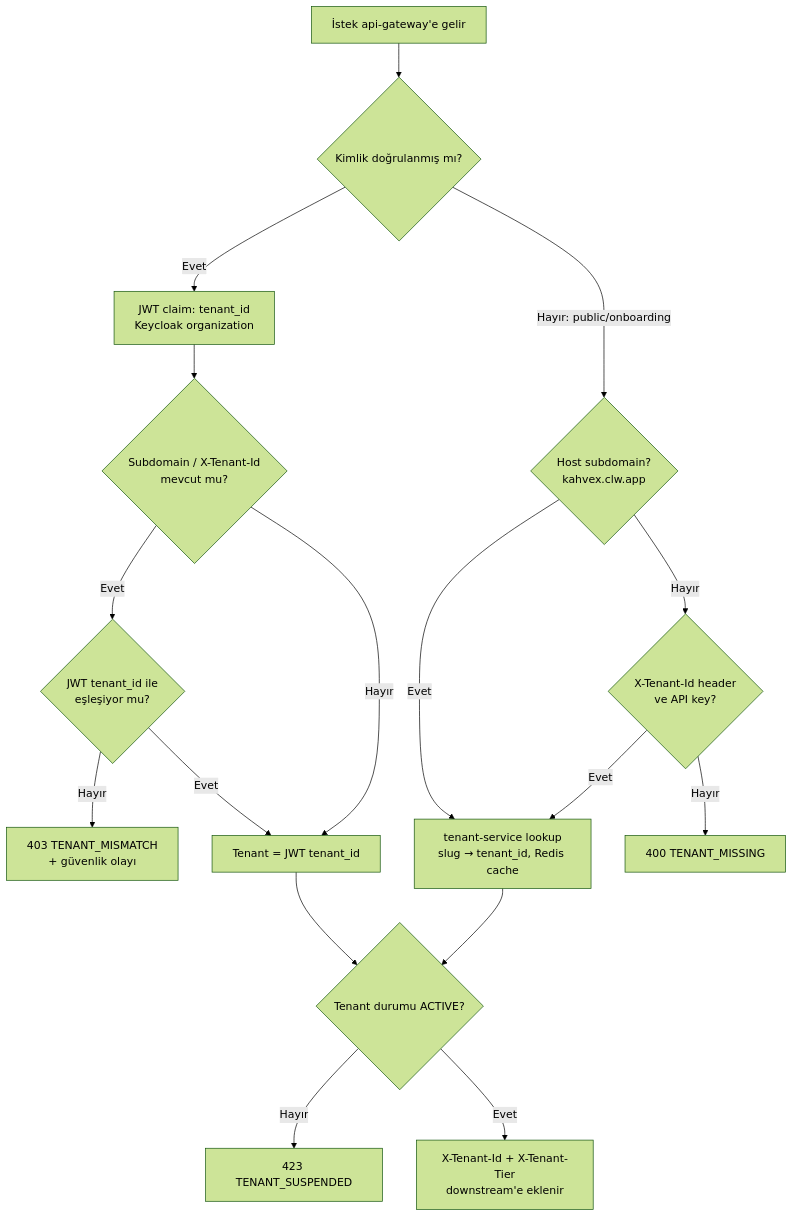
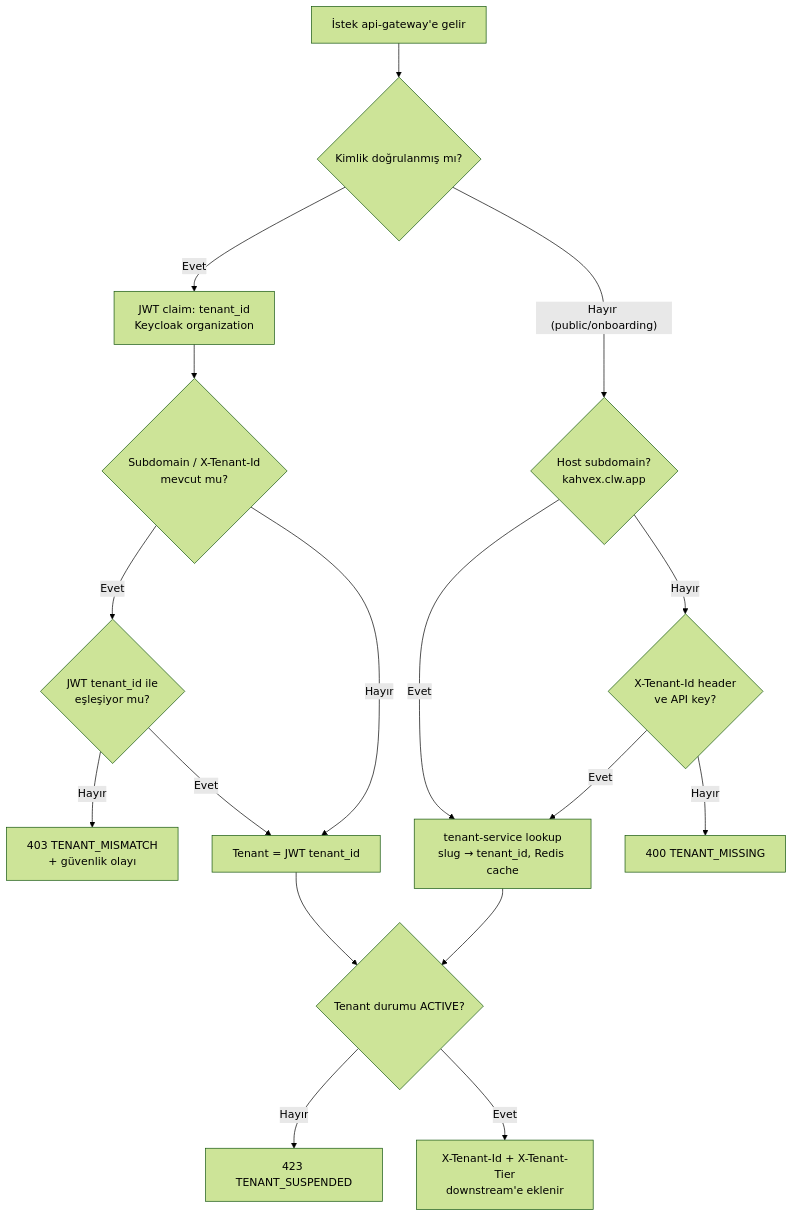
One commit to aliemrahpekesen/Aep-clw-claude-based changed the first of 3 diagrams in docs/architecture/multitenancy.md. Above: the diagram before and after it, drawn with Mermaid (forest theme). The commit also changed 33 other files, not shown here.

````diff
--- a/docs/architecture/multitenancy.md
+++ b/docs/architecture/multitenancy.md
@@ -28,19 +28,19 @@
 ```mermaid
 flowchart TD
     A[İstek api-gateway'e gelir] --> B{Kimlik doğrulanmış mı?}
     B -- Evet --> C[JWT claim: tenant_id<br/>Keycloak organization]
-    B -- Hayır: public/onboarding --> D{Host subdomain?<br/>kahvex.clw.app}
+    B -- "Hayır (public/onboarding)" --> D{Host subdomain?<br/>kahvex.clw.app}
     C --> E{Subdomain / X-Tenant-Id<br/>mevcut mu?}
     E -- Evet --> F{JWT tenant_id ile<br/>eşleşiyor mu?}
     F -- Hayır --> X[403 TENANT_MISMATCH<br/>+ güvenlik olayı]
     F -- Evet --> G[Tenant = JWT tenant_id]
     E -- Hayır --> G
     D -- Evet --> H[tenant-service lookup<br/>slug → tenant_id, Redis cache]
     D -- Hayır --> I{X-Tenant-Id header<br/>ve API key?}
     I -- Evet --> H
     I -- Hayır --> Y[400 TENANT_MISSING]
     G --> Z{Tenant durumu ACTIVE?}
     H --> Z
     Z -- Hayır --> W[423 TENANT_SUSPENDED]
     Z -- Evet --> OK[X-Tenant-Id + X-Tenant-Tier<br/>downstream'e eklenir]
 ```
````
